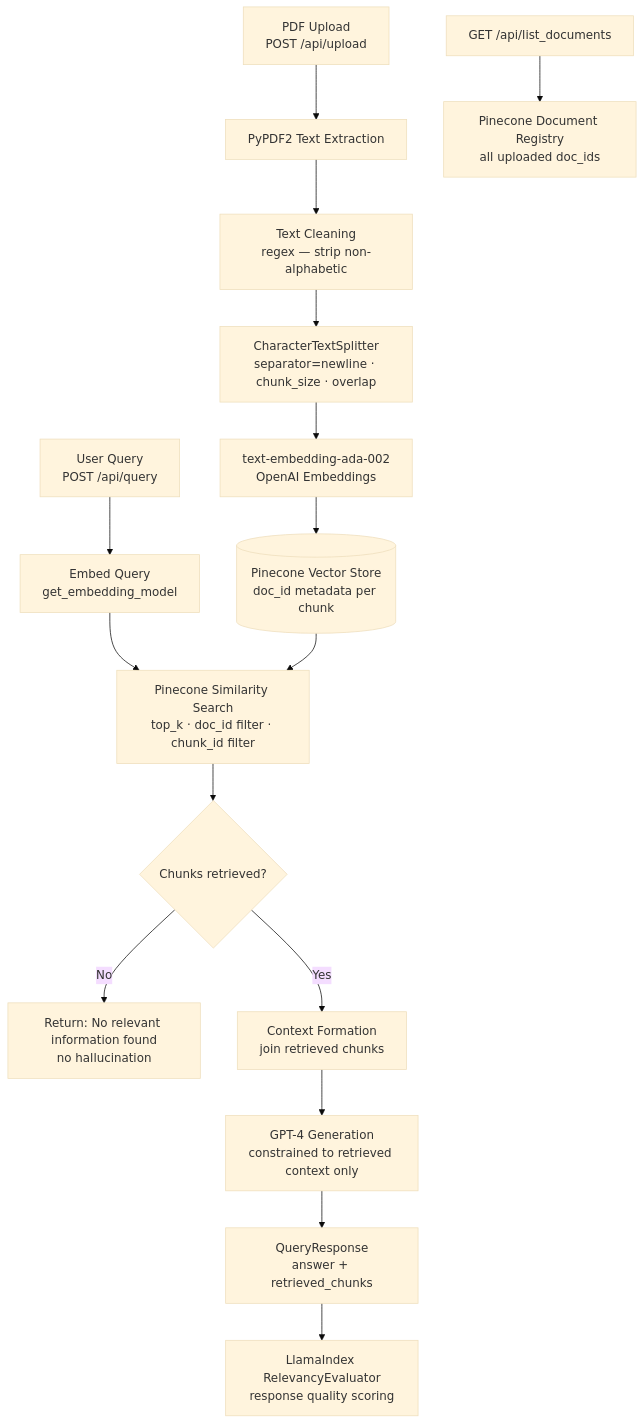
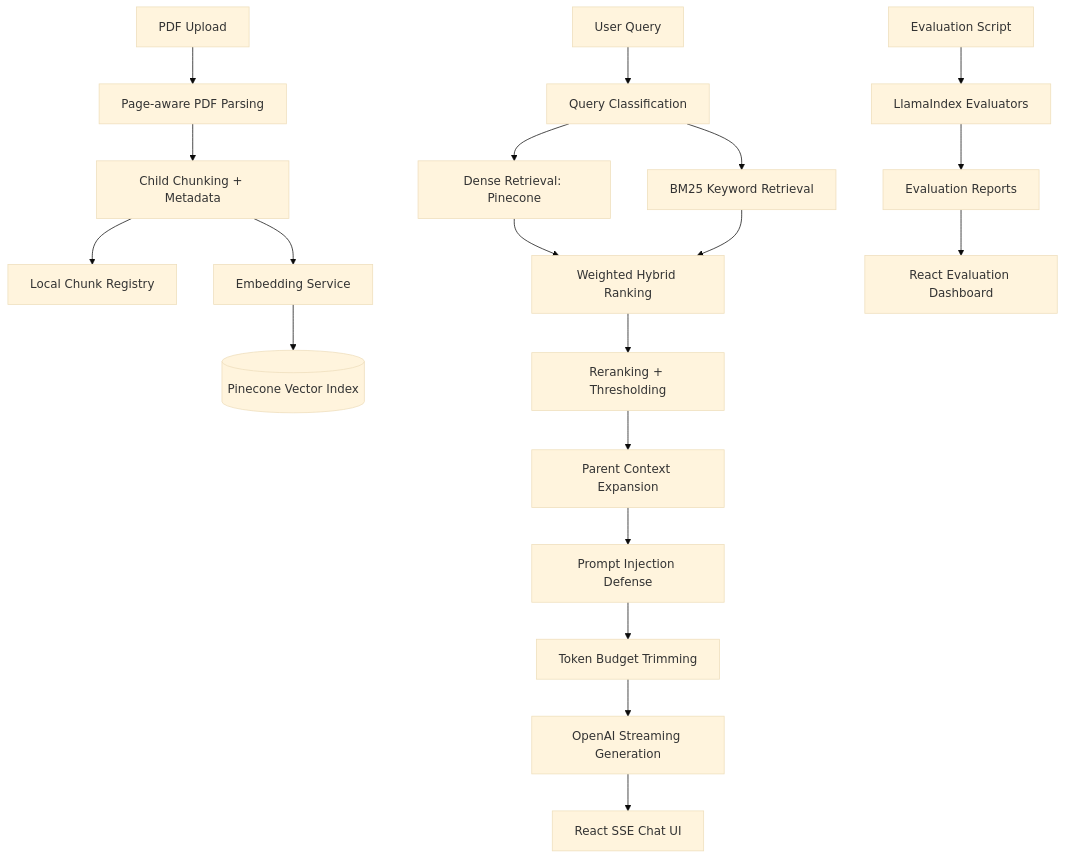
The diagram in README.md (karthikeyakunnam/QueryForge_AI), drawn with Mermaid (base theme) before and after one commit. The commit also changed other lines of this file, not shown here.

````diff
--- a/README.md
+++ b/README.md
@@ -61,21 +95,24 @@
 ```mermaid
-graph TD
-    A[PDF Upload<br/>POST /api/upload] --> B[PyPDF2 Text Extraction]
-    B --> C[Text Cleaning<br/>regex — strip non-alphabetic]
-    C --> D[CharacterTextSplitter<br/>separator=newline · chunk_size · overlap]
-    D --> E[text-embedding-ada-002<br/>OpenAI Embeddings]
-    E --> F[(Pinecone Vector Store<br/>doc_id metadata per chunk)]
+flowchart TD
+  A[PDF Upload] --> B[Page-aware PDF Parsing]
+  B --> C[Child Chunking + Metadata]
+  C --> D[Local Chunk Registry]
+  C --> E[Embedding Service]
+  E --> F[(Pinecone Vector Index)]
 
-    G[User Query<br/>POST /api/query] --> H[Embed Query<br/>get_embedding_model]
-    H --> I[Pinecone Similarity Search<br/>top_k · doc_id filter · chunk_id filter]
-    F --> I
-    I --> J{Chunks retrieved?}
-    J -->|No| K[Return: No relevant information found<br/>no hallucination]
-    J -->|Yes| L[Context Formation<br/>join retrieved chunks]
-    L --> M[GPT-4 Generation<br/>constrained to retrieved context only]
-    M --> N[QueryResponse<br/>answer + retrieved_chunks]
+  Q[User Query] --> G[Query Classification]
+  G --> H[Dense Retrieval: Pinecone]
+  G --> I[BM25 Keyword Retrieval]
+  H --> J[Weighted Hybrid Ranking]
+  I --> J
+  J --> K[Reranking + Thresholding]
+  K --> L[Parent Context Expansion]
+  L --> M[Prompt Injection Defense]
+  M --> N[Token Budget Trimming]
+  N --> O[OpenAI Streaming Generation]
+  O --> P[React SSE Chat UI]
 
-    N --> O[LlamaIndex RelevancyEvaluator<br/>response quality scoring]
-
-    P[GET /api/list_documents] --> Q[Pinecone Document Registry<br/>all uploaded doc_ids]
+  R[Evaluation Script] --> S[LlamaIndex Evaluators]
+  S --> T[Evaluation Reports]
+  T --> U[React Evaluation Dashboard]
 ```
````
